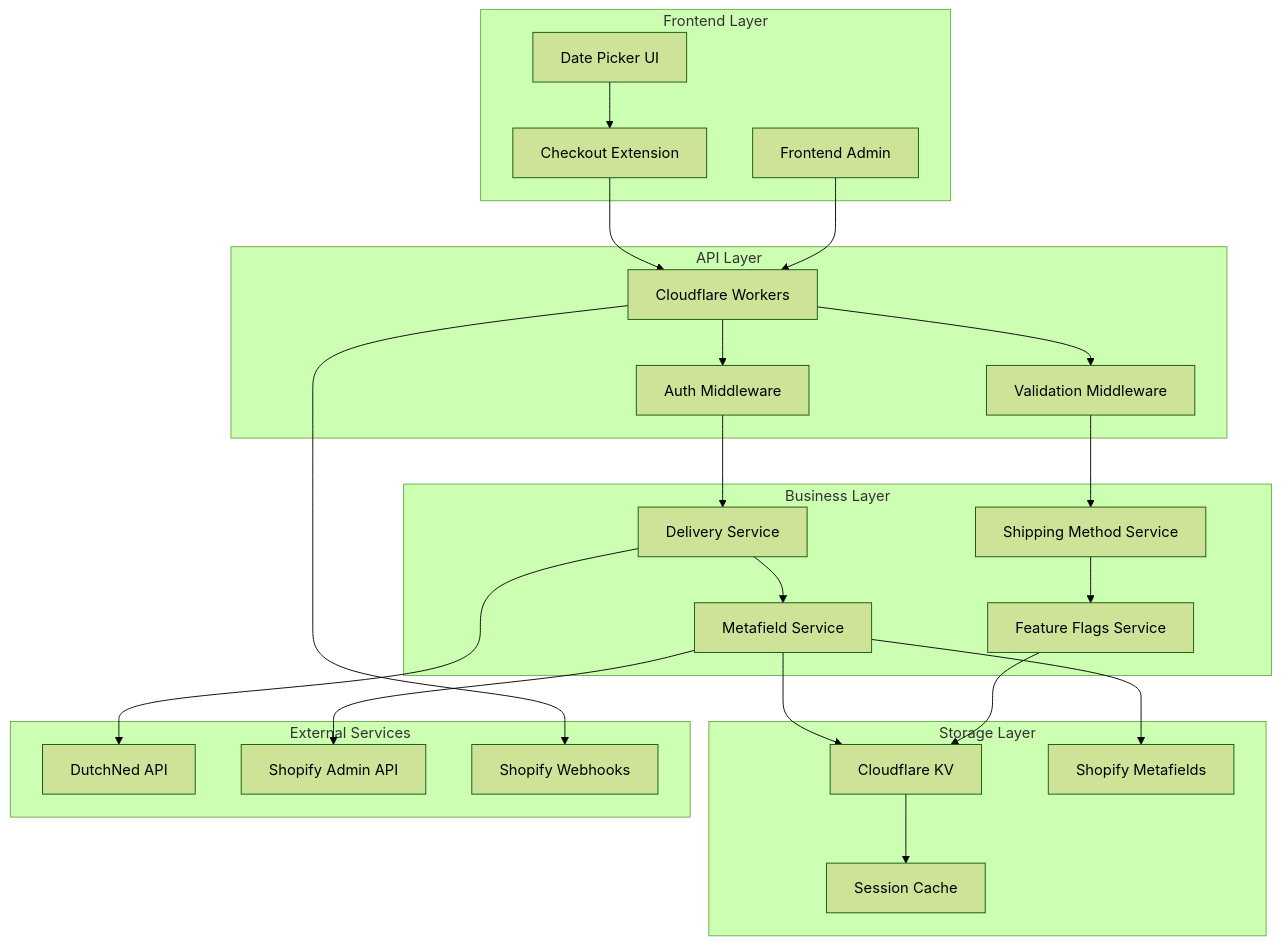
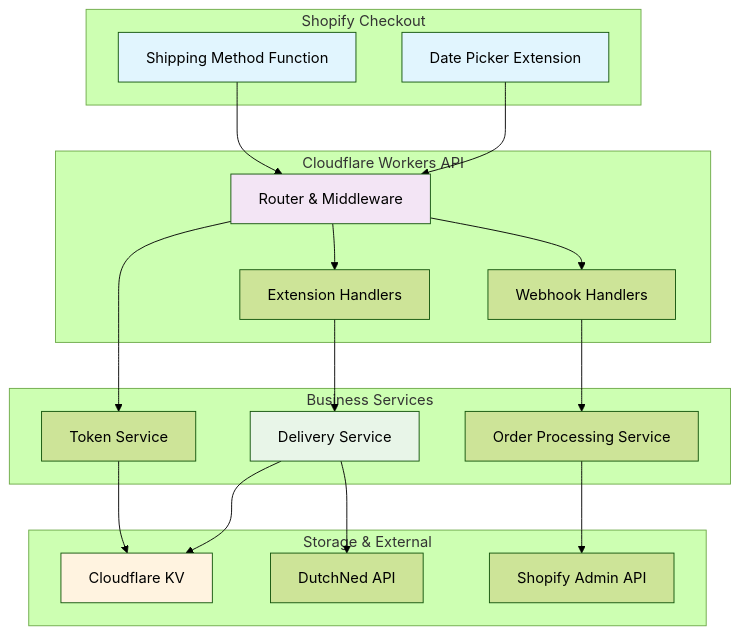
Before and after one commit to Webfluencer-B-V/WOOOD_app: the diagram in docs/architecture/components.md, drawn with Mermaid (forest theme). The commit also changed other lines of this file and 35 other files, not shown here.

First line of the commit message:
Remove deprecated files and update deployment configurations for WOOOD Delivery Date Picker

````diff
--- a/docs/architecture/components.md
+++ b/docs/architecture/components.md
@@ -9,54 +9,45 @@
 ```mermaid
 graph TB
-    subgraph "Frontend Layer"
-        CE[Checkout Extension]
-        FE[Frontend Admin]
-        DP[Date Picker UI]
+    subgraph "Shopify Checkout"
+        CE[Date Picker Extension]
+        SF[Shipping Method Function]
     end
 
-    subgraph "API Layer"
-        CW[Cloudflare Workers]
-        AM[Auth Middleware]
-        VM[Validation Middleware]
+    subgraph "Cloudflare Workers API"
+        RT[Router & Middleware]
+        EH[Extension Handlers]
+        WH[Webhook Handlers]
     end
 
-    subgraph "Business Layer"
+    subgraph "Business Services"
         DS[Delivery Service]
-        SMS[Shipping Method Service]
-        MS[Metafield Service]
-        FS[Feature Flags Service]
+        OPS[Order Processing Service]
+        TS[Token Service]
     end
 
-    subgraph "Storage Layer"
+    subgraph "Storage & External"
         KV[Cloudflare KV]
-        SMF[Shopify Metafields]
-        SC[Session Cache]
+        DN[DutchNed API]
+        SA[Shopify Admin API]
     end
 
-    subgraph "External Services"
-        DN[DutchNed API]
-        SA[Shopify Admin API]
-        SW[Shopify Webhooks]
-    end
+    CE --> RT
+    SF --> RT
+    RT --> EH
+    RT --> WH
+    
+    EH --> DS
+    WH --> OPS
+    RT --> TS
 
-    CE --> CW
-    FE --> CW
-    DP --> CE
+    DS --> KV
+    DS --> DN
+    OPS --> SA
+    TS --> KV
 
-    CW --> AM
-    CW --> VM
-    AM --> DS
-    VM --> SMS
-
-    DS --> MS
-    SMS --> FS
-    MS --> KV
-    FS --> KV
-
-    DS --> DN
-    MS --> SA
-    CW --> SW
-
-    KV --> SC
-    MS --> SMF
+    style CE fill:#e1f5fe
+    style SF fill:#e1f5fe
+    style RT fill:#f3e5f5
+    style DS fill:#e8f5e8
+    style KV fill:#fff3e0
 ```
````
